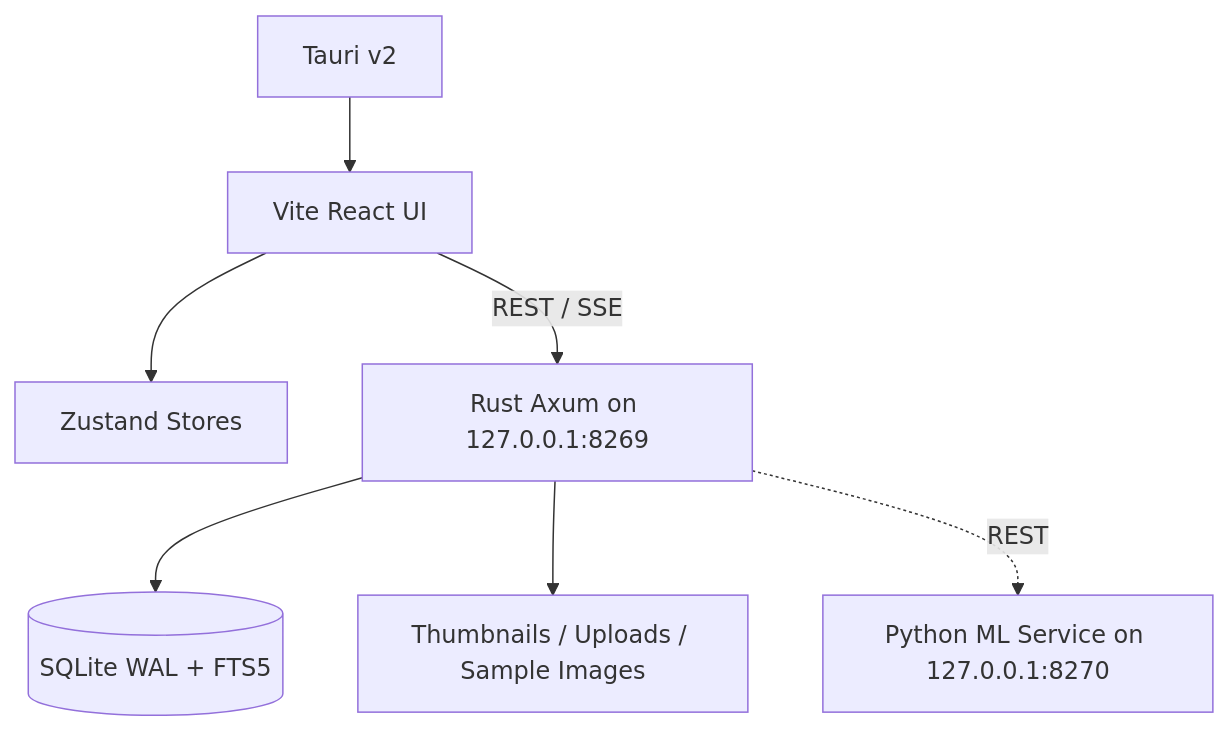
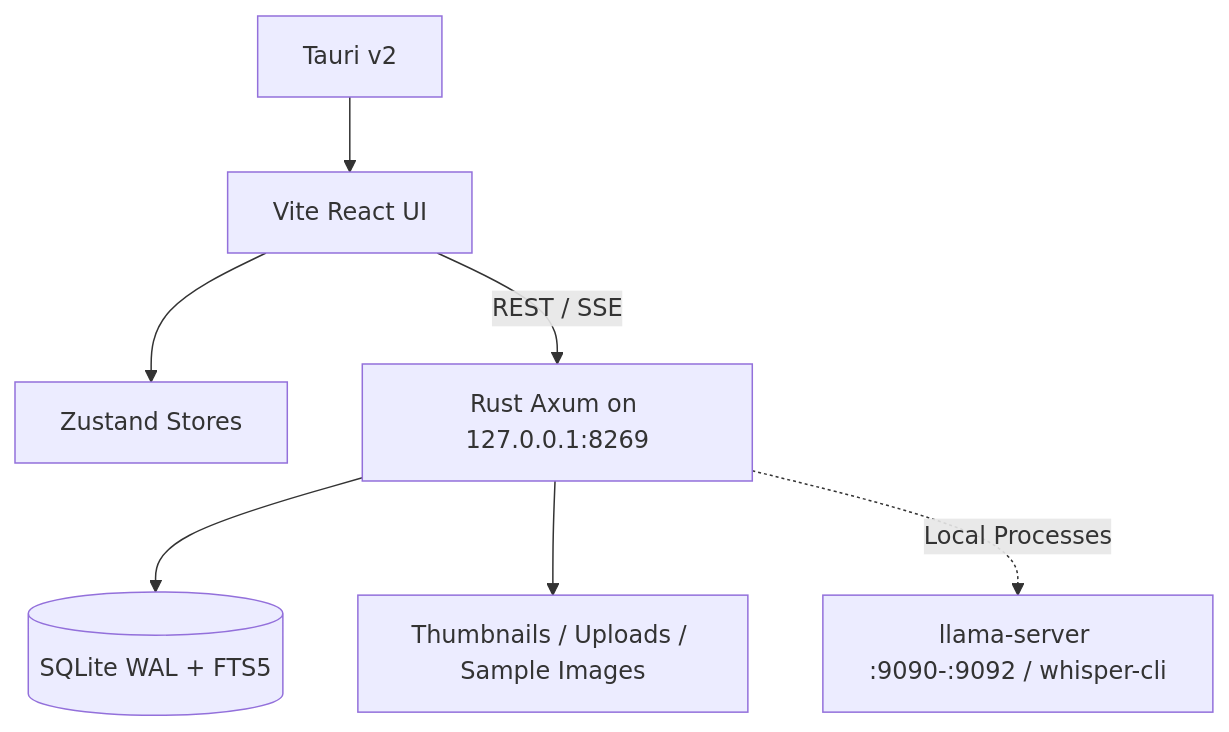
Before and after one commit to VardhmanSurana/Prism: the diagram in docs/ARCHITECTURE.md, drawn with Mermaid. The commit also changed other lines of this file and 1 other file, not shown here.

First line of the commit message:
docs: update ARCHITECTURE.md and AI_FEATURES.md for pure Rust backend

````diff
--- a/docs/ARCHITECTURE.md
+++ b/docs/ARCHITECTURE.md
@@ -74,9 +74,9 @@
 ```mermaid
 graph TD
     Tauri[Tauri v2] --> React[Vite React UI]
     React --> Zustand[Zustand Stores]
     React -->|REST / SSE| Axum[Rust Axum on 127.0.0.1:8269]
     Axum --> SQLx[(SQLite WAL + FTS5)]
     Axum --> Storage[Thumbnails / Uploads / Sample Images]
-    Axum -. REST .-> PyML[Python ML Service on 127.0.0.1:8270]
+    Axum -. Local Processes .-> LlamaServer[llama-server :9090-:9092 / whisper-cli]
 ```
````
